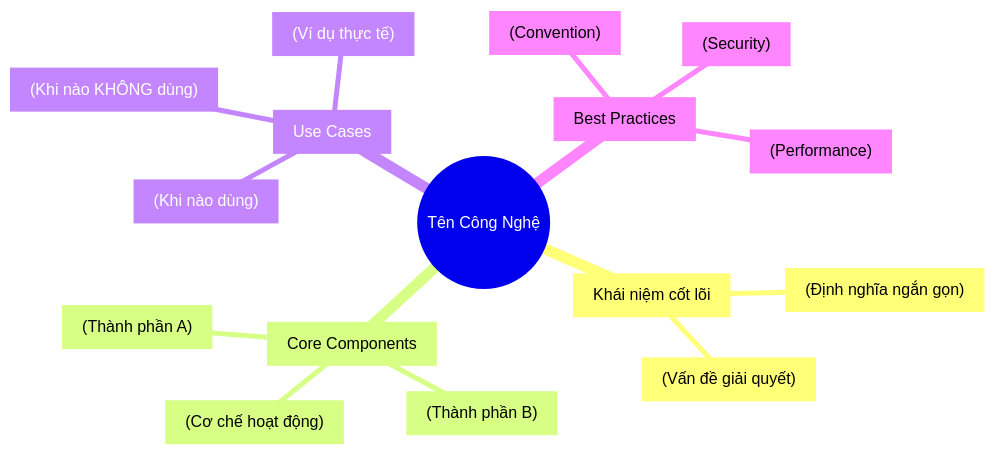
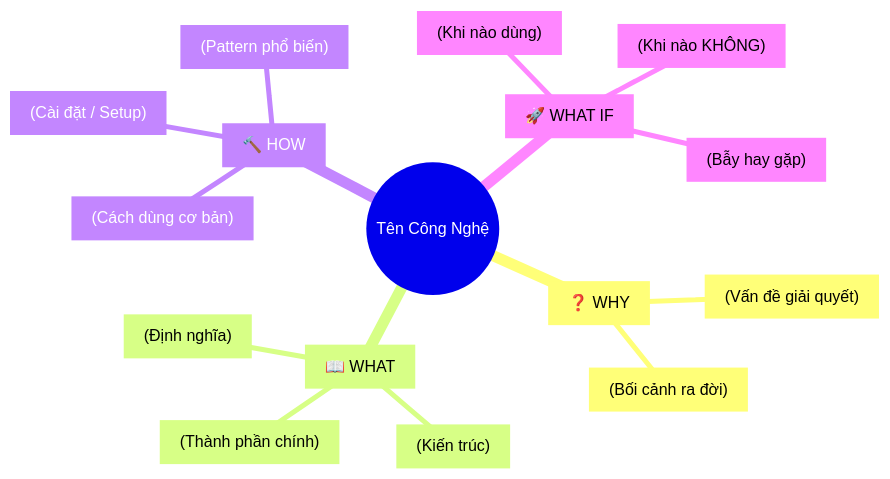
Before and after one commit to vuanhtu1993/vuanhtu1993.github.io: the second of 2 diagrams in .agent/skills/create-tech-lecture/SKILL.md, drawn with Mermaid. The commit also changed other lines of this file and 7 other files, not shown here.

````diff
--- a/.agent/skills/create-tech-lecture/SKILL.md
+++ b/.agent/skills/create-tech-lecture/SKILL.md
@@ -91,19 +179,19 @@
 ```mermaid
 mindmap
   root((Tên Công Nghệ))
-    Concept["Khái niệm cốt lõi"]
-      def["(Định nghĩa ngắn gọn)"]
+    WHY["❓ WHY"]
       prob["(Vấn đề giải quyết)"]
-    Components["Core Components"]
-      compA["(Thành phần A)"]
-      compB["(Thành phần B)"]
-      mech["(Cơ chế hoạt động)"]
-    UseCases["Use Cases"]
+      context["(Bối cảnh ra đời)"]
+    WHAT["📖 WHAT"]
+      def["(Định nghĩa)"]
+      arch["(Kiến trúc)"]
+      components["(Thành phần chính)"]
+    HOW["🔨 HOW"]
+      setup["(Cài đặt / Setup)"]
+      usage["(Cách dùng cơ bản)"]
+      pattern["(Pattern phổ biến)"]
+    WHATIF["🚀 WHAT IF"]
       when["(Khi nào dùng)"]
-      notwhen["(Khi nào KHÔNG dùng)"]
-      example["(Ví dụ thực tế)"]
-    BestPractices["Best Practices"]
-      conv["(Convention)"]
-      sec["(Security)"]
-      perf["(Performance)"]
+      notwhen["(Khi nào KHÔNG)"]
+      pitfalls["(Bẫy hay gặp)"]
 ```
````
